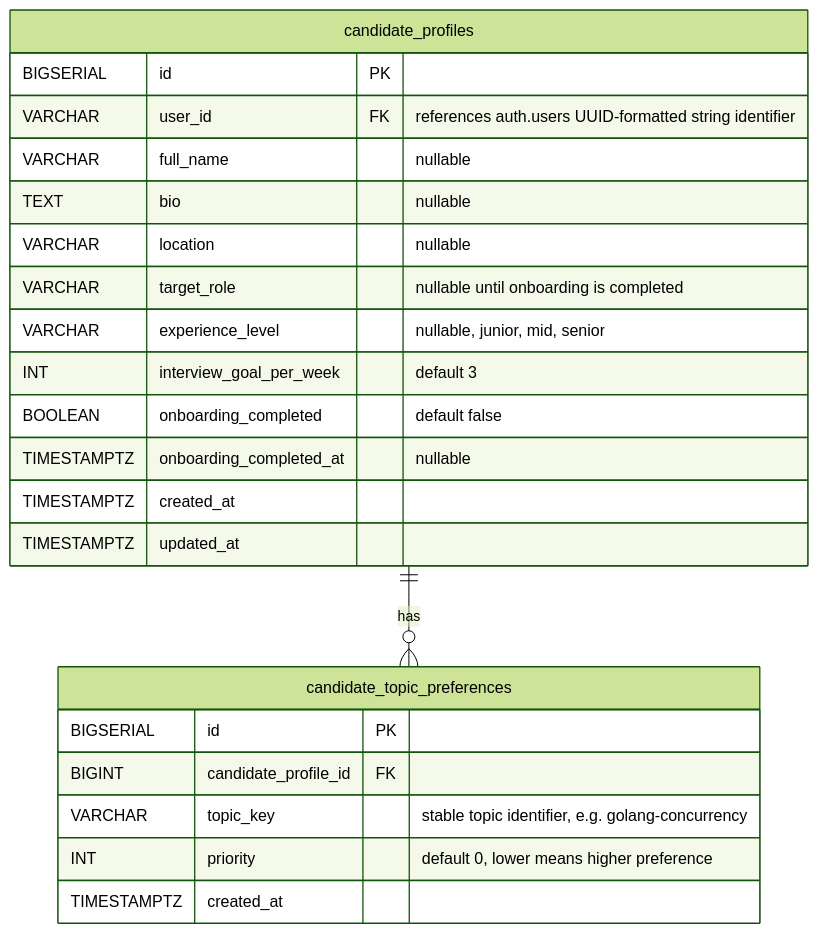
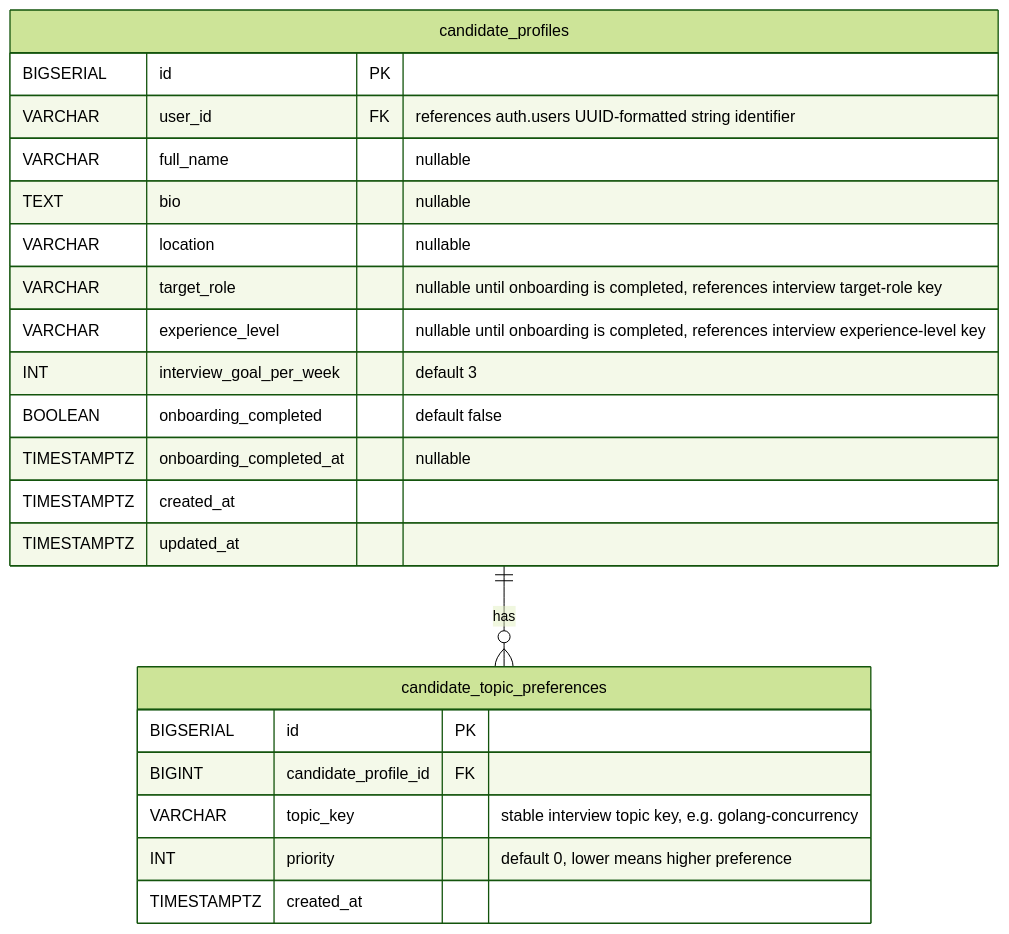
The diagram in docs/specs/modules/candidate/ERD.md (Jaxongir1006/ai-interview-prep-api), drawn with Mermaid (forest theme) before and after one commit. The commit also changed other lines of this file and 24 other files, not shown here.

````diff
--- a/docs/specs/modules/candidate/ERD.md
+++ b/docs/specs/modules/candidate/ERD.md
@@ -3,27 +3,27 @@
 ```mermaid
 erDiagram
     candidate_profiles ||--o{ candidate_topic_preferences : "has"
 
     candidate_profiles {
         BIGSERIAL id PK
         VARCHAR user_id FK "references auth.users UUID-formatted string identifier"
         VARCHAR full_name "nullable"
         TEXT bio "nullable"
         VARCHAR location "nullable"
-        VARCHAR target_role "nullable until onboarding is completed"
-        VARCHAR experience_level "nullable, junior, mid, senior"
+        VARCHAR target_role "nullable until onboarding is completed, references interview target-role key"
+        VARCHAR experience_level "nullable until onboarding is completed, references interview experience-level key"
         INT interview_goal_per_week "default 3"
         BOOLEAN onboarding_completed "default false"
         TIMESTAMPTZ onboarding_completed_at "nullable"
         TIMESTAMPTZ created_at
         TIMESTAMPTZ updated_at
     }
 
     candidate_topic_preferences {
         BIGSERIAL id PK
         BIGINT candidate_profile_id FK
-        VARCHAR topic_key "stable topic identifier, e.g. golang-concurrency"
+        VARCHAR topic_key "stable interview topic key, e.g. golang-concurrency"
         INT priority "default 0, lower means higher preference"
         TIMESTAMPTZ created_at
     }
 ```
````
